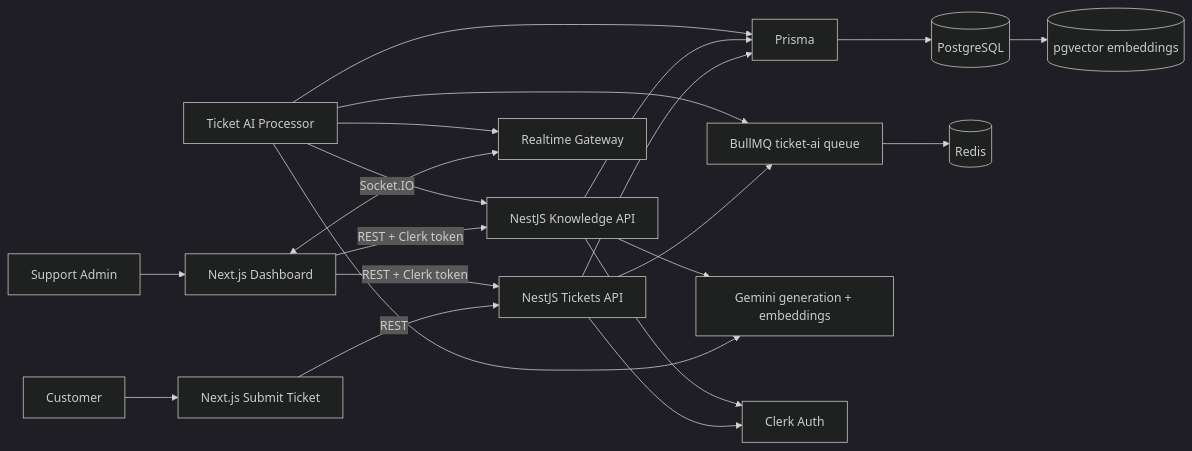
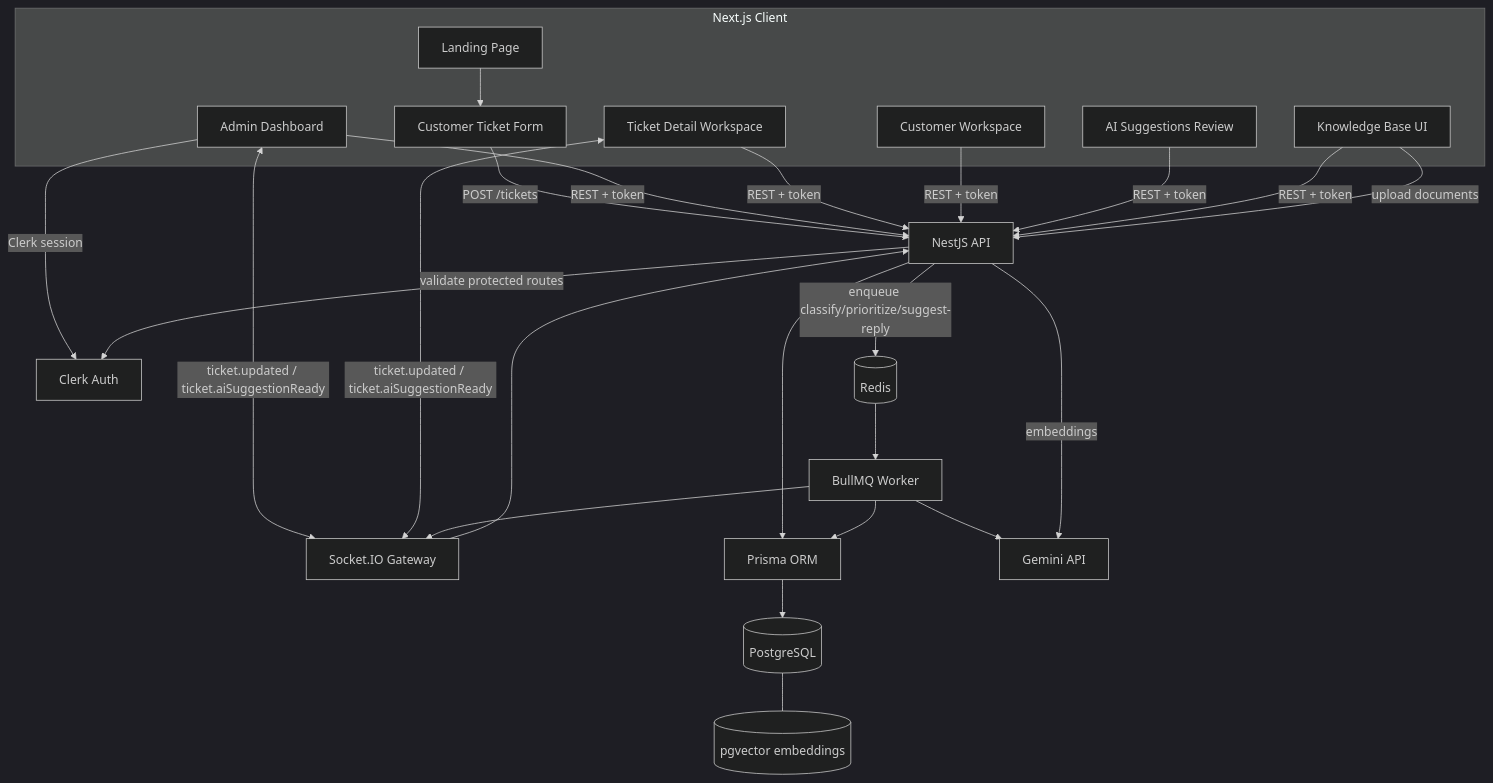
Before and after one commit to yann1294/pulse-Deck: the diagram in docs/architecture.md, drawn with Mermaid (dark theme). The commit also changed other lines of this file, not shown here.

Commit message:
docs(architecture): update system design after workflow improvements

````diff
--- a/docs/architecture.md
+++ b/docs/architecture.md
@@ -15,27 +20,48 @@
 ```mermaid
-flowchart LR
-  Customer[Customer] --> PublicForm[Next.js Submit Ticket]
-  Admin[Support Admin] --> Dashboard[Next.js Dashboard]
+flowchart TB
+  subgraph Client["Next.js Client"]
+    Landing["Landing Page"]
+    TicketForm["Customer Ticket Form"]
+    AdminDashboard["Admin Dashboard"]
+    TicketWorkspace["Ticket Detail Workspace"]
+    CustomerWorkspace["Customer Workspace"]
+    AiReview["AI Suggestions Review"]
+    KnowledgeBaseUI["Knowledge Base UI"]
+  end
 
-  PublicForm -->|REST| TicketsAPI[NestJS Tickets API]
-  Dashboard -->|REST + Clerk token| TicketsAPI
-  Dashboard -->|REST + Clerk token| KnowledgeAPI[NestJS Knowledge API]
-  Dashboard <-->|Socket.IO| Realtime[Realtime Gateway]
+  Clerk["Clerk Auth"]
+  Api["NestJS API"]
+  Realtime["Socket.IO Gateway"]
+  Prisma["Prisma ORM"]
+  Postgres[("PostgreSQL")]
+  Pgvector[("pgvector embeddings")]
+  Redis[("Redis")]
+  Worker["BullMQ Worker"]
+  Gemini["Gemini API"]
 
-  TicketsAPI --> Prisma[Prisma]
-  KnowledgeAPI --> Prisma
-  Prisma --> Postgres[(PostgreSQL)]
-  Postgres --> Pgvector[(pgvector embeddings)]
+  Landing --> TicketForm
+  TicketForm -->|POST /tickets| Api
+  AdminDashboard -->|Clerk session| Clerk
+  AdminDashboard -->|REST + token| Api
+  TicketWorkspace -->|REST + token| Api
+  CustomerWorkspace -->|REST + token| Api
+  AiReview -->|REST + token| Api
+  KnowledgeBaseUI -->|REST + token| Api
 
-  TicketsAPI --> Queue[BullMQ ticket-ai queue]
-  Queue --> Redis[(Redis)]
-  Processor[Ticket AI Processor] --> Queue
-  Processor --> Gemini[Gemini generation + embeddings]
-  Processor --> KnowledgeAPI
-  Processor --> Prisma
-  Processor --> Realtime
+  AdminDashboard <-->|ticket.updated / ticket.aiSuggestionReady| Realtime
+  TicketWorkspace <-->|ticket.updated / ticket.aiSuggestionReady| Realtime
+  Realtime --> Api
 
-  KnowledgeAPI --> Gemini
-  TicketsAPI --> Clerk[Clerk Auth]
-  KnowledgeAPI --> Clerk
+  Api -->|validate protected routes| Clerk
+  Api --> Prisma
+  Prisma --> Postgres
+  Postgres --- Pgvector
+
+  Api -->|enqueue classify/prioritize/suggest-reply| Redis
+  Redis --> Worker
+  Worker --> Gemini
+  Worker --> Prisma
+  Worker --> Realtime
+  KnowledgeBaseUI -->|upload documents| Api
+  Api -->|embeddings| Gemini
 ```
````
